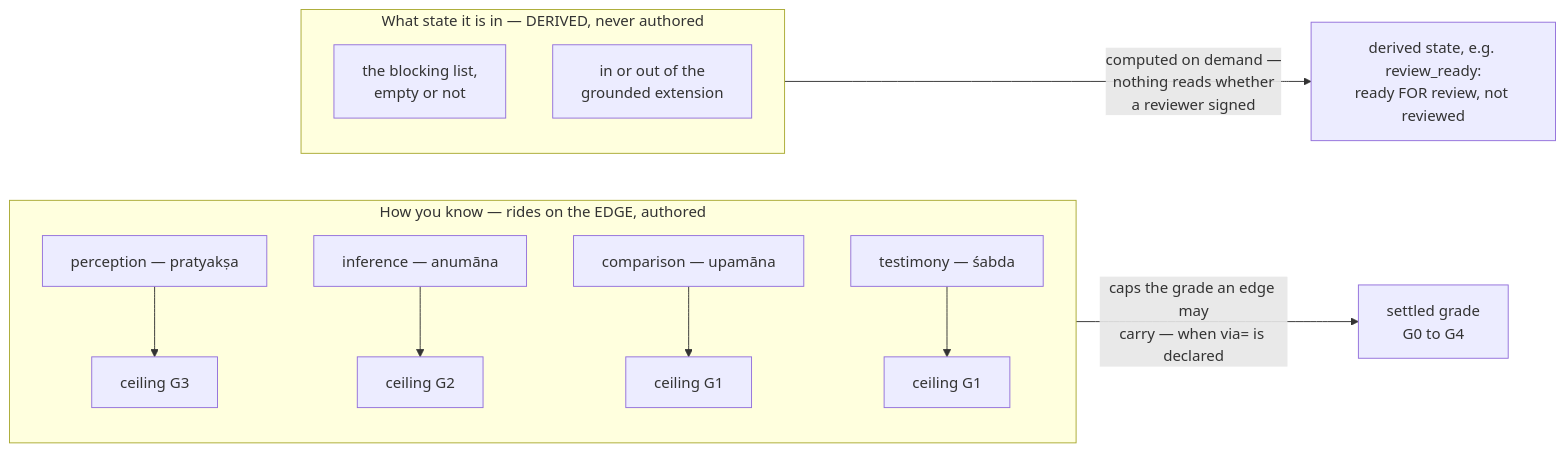
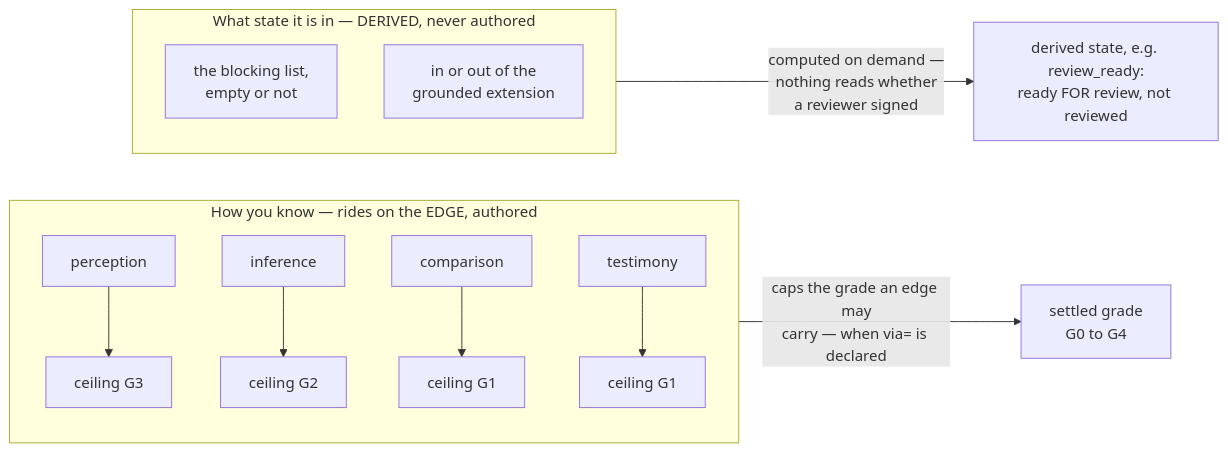
One commit to SecurityRonin/peira changed the fourth of 7 diagrams in docs/architecture.md. Above: the diagram before and after it, drawn with Mermaid. The commit also changed other lines of this file and 13 other files, not shown here.

````diff
--- a/docs/architecture.md
+++ b/docs/architecture.md
@@ -212,19 +212,19 @@
 ```mermaid
 flowchart LR
     subgraph MOK["How you know — rides on the EDGE, authored"]
         direction TB
-        P1["perception — pratyakṣa"] --> C1["ceiling G3"]
-        P2["inference — anumāna"] --> C2["ceiling G2"]
-        P3["comparison — upamāna"] --> C3["ceiling G1"]
-        P4["testimony — śabda"] --> C4["ceiling G1"]
+        P1["perception"] --> C1["ceiling G3"]
+        P2["inference"] --> C2["ceiling G2"]
+        P3["comparison"] --> C3["ceiling G1"]
+        P4["testimony"] --> C4["ceiling G1"]
     end
 
     subgraph ST["What state it is in — DERIVED, never authored"]
         direction TB
         S1["the blocking list,<br/>empty or not"]
         S2["in or out of the<br/>grounded extension"]
     end
 
     MOK -->|"caps the grade an edge may<br/>carry — when via= is declared"| GR["settled grade<br/>G0 to G4"]
     ST -->|"computed on demand —<br/>nothing reads whether<br/>a reviewer signed"| DS["derived state, e.g. review_ready:<br/>ready FOR review, not reviewed"]
 ```
````
